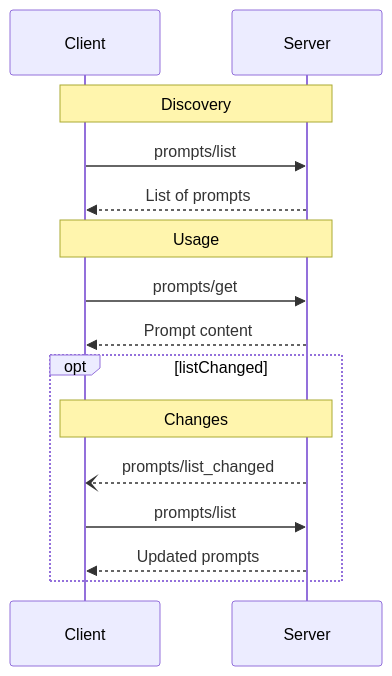
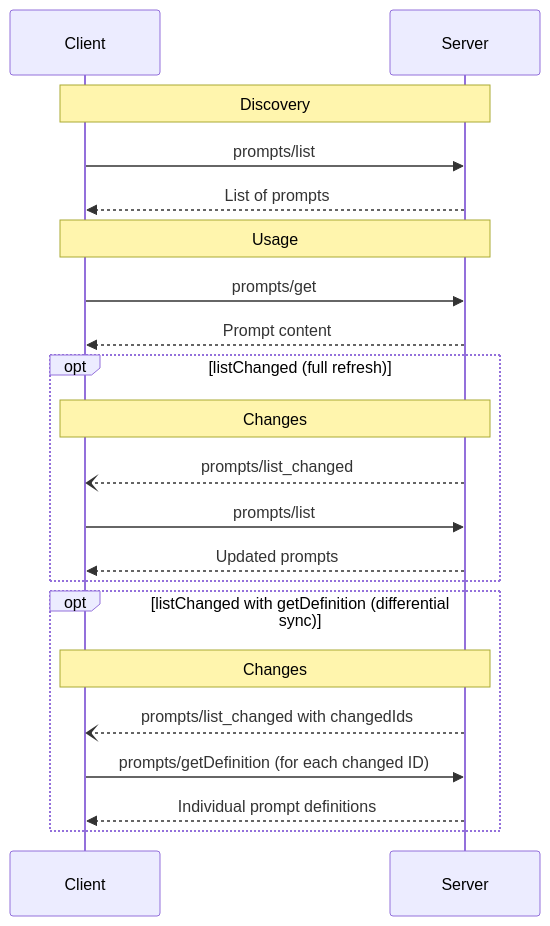
The diagram in docs/specification/draft/server/prompts.mdx (modelcontextprotocol/specification), drawn with Mermaid before and after one commit. The commit also changed other lines of this file and 5 other files, not shown here.

First line of the commit message:
feat: add get methods and changedIds for differential sync

````diff
--- a/docs/specification/draft/server/prompts.mdx
+++ b/docs/specification/draft/server/prompts.mdx
@@ -150,20 +209,27 @@
 ```mermaid
 sequenceDiagram
     participant Client
     participant Server
 
     Note over Client,Server: Discovery
     Client->>Server: prompts/list
     Server-->>Client: List of prompts
 
     Note over Client,Server: Usage
     Client->>Server: prompts/get
     Server-->>Client: Prompt content
 
-    opt listChanged
+    opt listChanged (full refresh)
       Note over Client,Server: Changes
       Server--)Client: prompts/list_changed
       Client->>Server: prompts/list
       Server-->>Client: Updated prompts
     end
+
+    opt listChanged with getDefinition (differential sync)
+      Note over Client,Server: Changes
+      Server--)Client: prompts/list_changed with changedIds
+      Client->>Server: prompts/getDefinition (for each changed ID)
+      Server-->>Client: Individual prompt definitions
+    end
 ```
````
